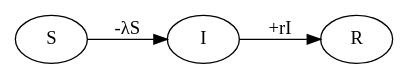
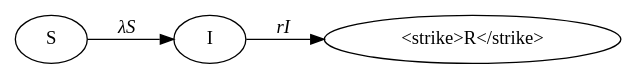
One commit to nathangeffen/epiagents changed the diagram in epiagents/sir.gv. Above: the diagram before and after it, drawn with Graphviz. The commit also changed 7 other files, not shown here.

```diff
--- a/epiagents/sir.gv
+++ b/epiagents/sir.gv
@@ -1,8 +1,7 @@
 digraph sir {
         rankdir=LR;
         shape=box;
-        S -> I [label="-λS"]
-        #S -> I [label="βSI/N"];
-        I -> R [label="+rI"];
-
+        S -> I [label=< <I>λS</I> >]
+        #S -> I [label="<I>βSI/N</I>"];
+        I -> < <strike>R</strike> > [label=< <I>rI</I> >];
 }
```
